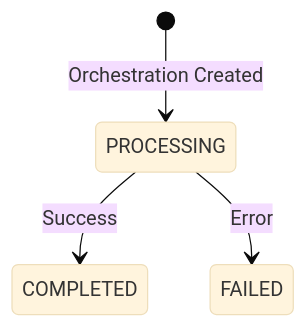
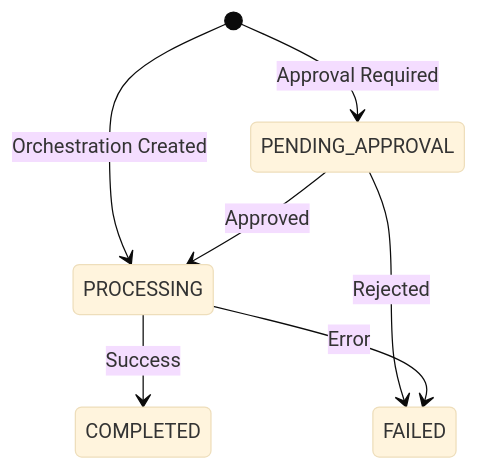
The second of 2 diagrams in guides/developer/orchestrations/orchestrations.mdx (paxosglobal/docs-mintlify), drawn with Mermaid (base theme) before and after one commit. The commit also changed other lines of this file and 5 other files, not shown here.

First line of the commit message:
AO-1017: Add PENDING_APPROVAL orchestration status to public documentation

````diff
--- a/guides/developer/orchestrations/orchestrations.mdx
+++ b/guides/developer/orchestrations/orchestrations.mdx
@@ -127,6 +127,9 @@
 ```mermaid
 stateDiagram-v2
+    [*] --> PENDING_APPROVAL: Approval Required
     [*] --> PROCESSING: Orchestration Created
+    PENDING_APPROVAL --> PROCESSING: Approved
+    PENDING_APPROVAL --> FAILED: Rejected
     PROCESSING --> COMPLETED: Success
     PROCESSING --> FAILED: Error
 ```
````
